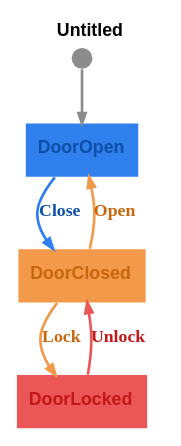
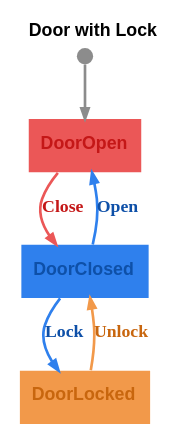
The diagram in graphs/door-with-lock.dot (m-bock/purescript-transit), drawn with Graphviz before and after one commit. The commit also changed 5 other files, not shown here.

Commit message:
Update README and graph files for the door with lock example: enhance state diagram and transition table, improve visual attributes, and ensure consistent naming. Add HTML output for the transition table and update test module to include the new example.

```diff
--- a/graphs/door-with-lock.dot
+++ b/graphs/door-with-lock.dot
@@ -1,13 +1,13 @@
 digraph 
 {
-rankdir = "TD";fontname = "Arial";label = <<b>Untitled</b>>;labelloc = "t";fontsize = 12
-DoorOpen [shape = "box", label = <<b>DoorOpen</b>>, fontsize = 12, style = "filled", fillcolor = "#2f80ed", fontcolor = "#0e50a8", fontname = "Arial", labelloc = "c", penwidth = 0.0]
-__Start__ [shape = "circle", label = "", width = 0.2, height = 0.2, fixedsize = true, style = "filled", fillcolor = "#8c8c8c", penwidth = 0.0]
+rankdir = "TD";fontname = "Arial";label = <<b>Door with Lock</b>>;labelloc = "t";fontsize = 12
+DoorOpen [shape = "box", label = <<b>DoorOpen</b>>, fontsize = 12, style = "filled", fillcolor = "#eb5757", fontcolor = "#c41717", fontname = "Arial", labelloc = "c", penwidth = 0.0]
+__Start__ [shape = "circle", label = "", width = 0.15, height = 0.15, fixedsize = true, style = "filled", fillcolor = "#8c8c8c", penwidth = 0.0]
 __Start__ -> DoorOpen [color = "#8c8c8c", fontsize = 12, arrowsize = "0.7", penwidth = 1.8]
-DoorOpen -> DoorClosed [color = "#2f80ed", fontcolor = "#0e50a8", fontsize = 12, arrowsize = "0.7", label = <<b>Close</b>>, penwidth = 1.8]
-DoorClosed [shape = "box", label = <<b>DoorClosed</b>>, fontsize = 12, style = "filled", fillcolor = "#f2994a", fontcolor = "#c8660e", fontname = "Arial", labelloc = "c", penwidth = 0.0]
-DoorClosed -> DoorOpen [color = "#f2994a", fontcolor = "#c8660e", fontsize = 12, arrowsize = "0.7", label = <<b>Open</b>>, penwidth = 1.8]
-DoorClosed -> DoorLocked [color = "#f2994a", fontcolor = "#c8660e", fontsize = 12, arrowsize = "0.7", label = <<b>Lock</b>>, penwidth = 1.8]
-DoorLocked [shape = "box", label = <<b>DoorLocked</b>>, fontsize = 12, style = "filled", fillcolor = "#eb5757", fontcolor = "#c41717", fontname = "Arial", labelloc = "c", penwidth = 0.0]
-DoorLocked -> DoorClosed [color = "#eb5757", fontcolor = "#c41717", fontsize = 12, arrowsize = "0.7", label = <<b>Unlock</b>>, penwidth = 1.8]
+DoorOpen -> DoorClosed [color = "#eb5757", fontcolor = "#c41717", fontsize = 12, arrowsize = "0.7", label = <<b>Close</b>>, penwidth = 1.8]
+DoorClosed [shape = "box", label = <<b>DoorClosed</b>>, fontsize = 12, style = "filled", fillcolor = "#2f80ed", fontcolor = "#0e50a8", fontname = "Arial", labelloc = "c", penwidth = 0.0]
+DoorClosed -> DoorLocked [color = "#2f80ed", fontcolor = "#0e50a8", fontsize = 12, arrowsize = "0.7", label = <<b>Lock</b>>, penwidth = 1.8]
+DoorClosed -> DoorOpen [color = "#2f80ed", fontcolor = "#0e50a8", fontsize = 12, arrowsize = "0.7", label = <<b>Open</b>>, penwidth = 1.8]
+DoorLocked [shape = "box", label = <<b>DoorLocked</b>>, fontsize = 12, style = "filled", fillcolor = "#f2994a", fontcolor = "#c8660e", fontname = "Arial", labelloc = "c", penwidth = 0.0]
+DoorLocked -> DoorClosed [color = "#f2994a", fontcolor = "#c8660e", fontsize = 12, arrowsize = "0.7", label = <<b>Unlock</b>>, penwidth = 1.8]
 }
```
